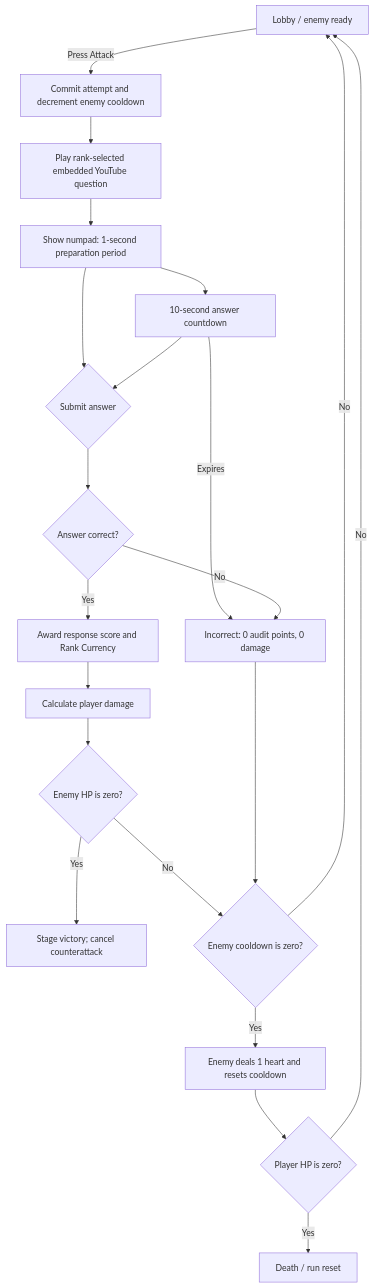
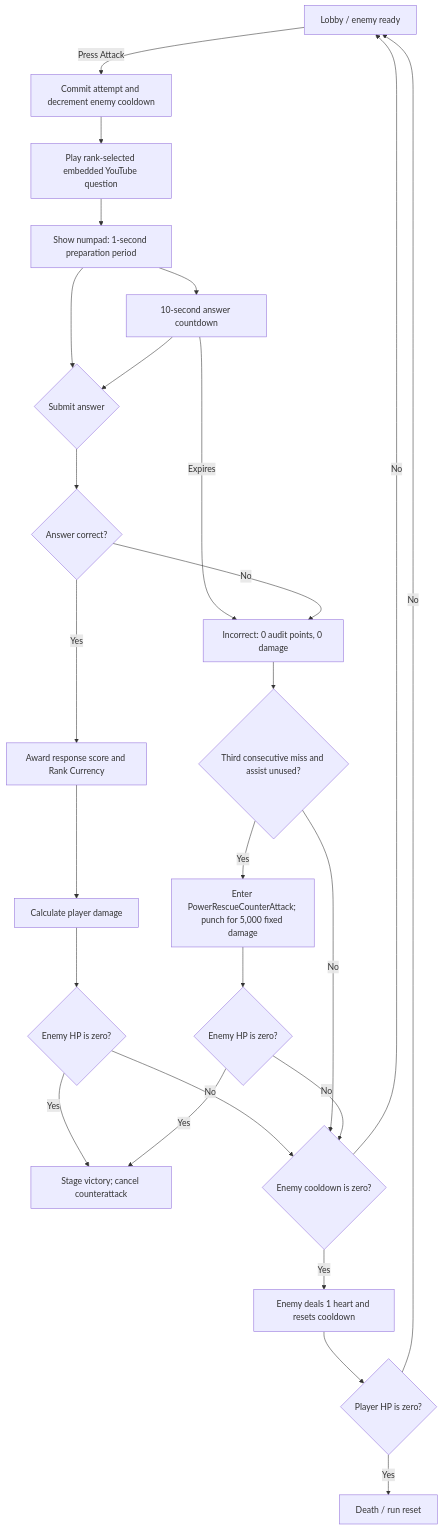
One commit to AescaLiebert/Powermath-app changed the second of 2 diagrams in Docs_PowerMath/1_Inputs_Templates/GDD_PowerMathProject.md. Above: the diagram before and after it, drawn with Mermaid. The commit also changed other lines of this file and 750 other files, not shown here.

````diff
--- a/Docs_PowerMath/1_Inputs_Templates/GDD_PowerMathProject.md
+++ b/Docs_PowerMath/1_Inputs_Templates/GDD_PowerMathProject.md
@@ -65,23 +242,28 @@
 ```mermaid
 flowchart TD
     Lobby["Lobby / enemy ready"] -->|"Press Attack"| Commit["Commit attempt and decrement enemy cooldown"]
     Commit --> Video["Play rank-selected embedded YouTube question"]
     Video --> Grace["Show numpad: 1-second preparation period"]
     Grace --> Timer["10-second answer countdown"]
     Grace --> Submit{"Submit answer"}
     Timer --> Submit
     Timer -->|"Expires"| Incorrect["Incorrect: 0 audit points, 0 damage"]
     Submit --> Check{"Answer correct?"}
     Check -->|"No"| Incorrect
     Check -->|"Yes"| Correct["Award response score and Rank Currency"]
     Correct --> Damage["Calculate player damage"]
     Damage --> Dead{"Enemy HP is zero?"}
     Dead -->|"Yes"| Victory["Stage victory; cancel counterattack"]
     Dead -->|"No"| Cooldown{"Enemy cooldown is zero?"}
-    Incorrect --> Cooldown
+    Incorrect --> AssistCheck{"Third consecutive miss and assist unused?"}
+    AssistCheck -->|"No"| Cooldown
+    AssistCheck -->|"Yes"| PowerRescue["Enter PowerRescueCounterAttack; punch for 5,000 fixed damage"]
+    PowerRescue --> AssistDead{"Enemy HP is zero?"}
+    AssistDead -->|"Yes"| Victory
+    AssistDead -->|"No"| Cooldown
     Cooldown -->|"No"| Lobby
     Cooldown -->|"Yes"| EnemyAttack["Enemy deals 1 heart and resets cooldown"]
     EnemyAttack --> PlayerDead{"Player HP is zero?"}
     PlayerDead -->|"No"| Lobby
     PlayerDead -->|"Yes"| Reset["Death / run reset"]
 ```
````
